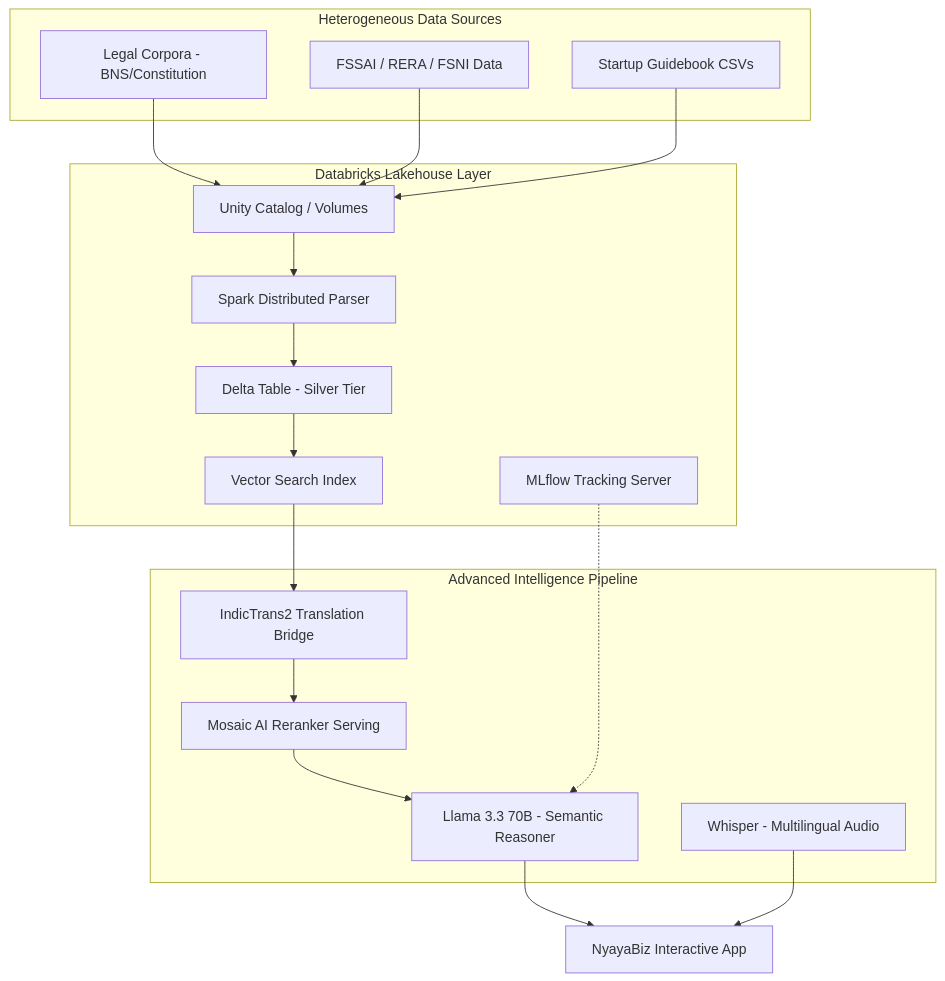
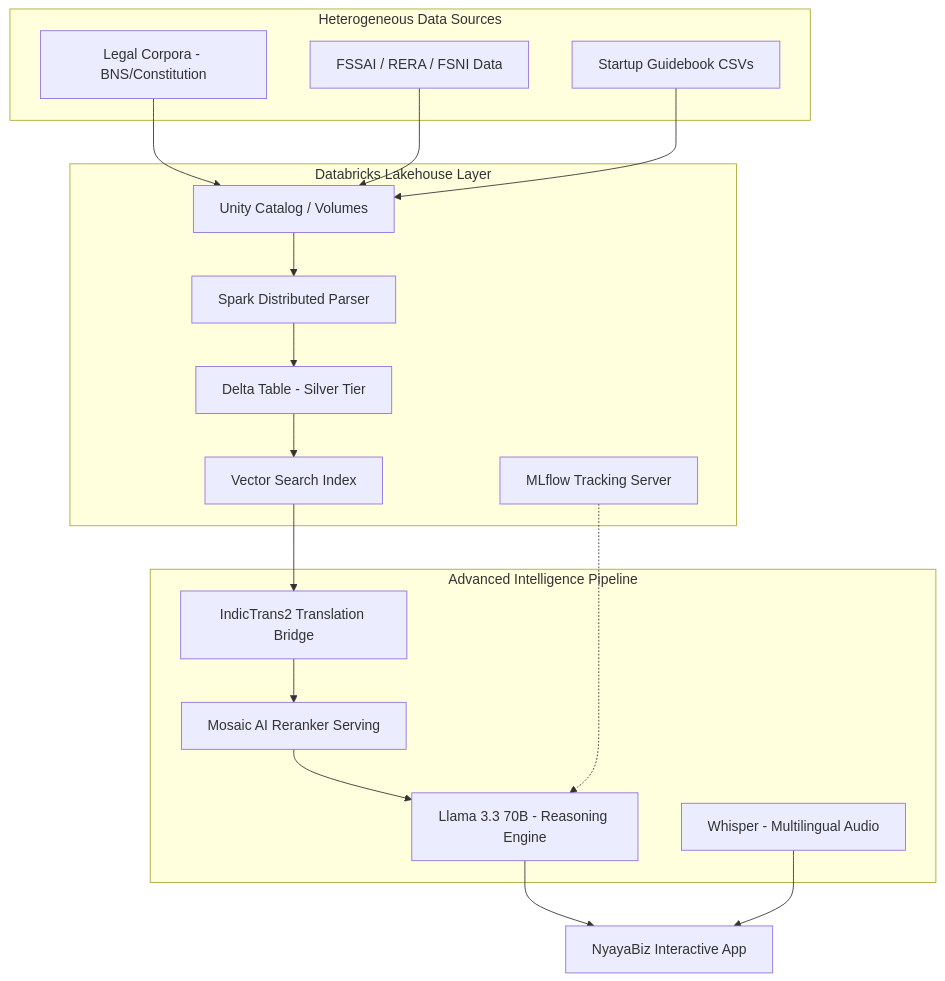
Before and after one commit to hardikhazari/ArthaNeeti: the first of 2 diagrams in README.md, drawn with Mermaid. The commit also changed other lines of this file and 3 other files, not shown here.

````diff
--- a/README.md
+++ b/README.md
@@ -54,34 +54,34 @@
 ```mermaid
 graph TD
     subgraph "Heterogeneous Data Sources"
         A1[Legal Corpora - BNS/Constitution]
         A2[FSSAI / RERA / FSNI Data]
         A3[Startup Guidebook CSVs]
     end
 
     subgraph "Databricks Lakehouse Layer"
         B1[Unity Catalog / Volumes]
         B2[Spark Distributed Parser]
         B3[Delta Table - Silver Tier]
         B4[Vector Search Index]
         B5[MLflow Tracking Server]
     end
 
     subgraph "Advanced Intelligence Pipeline"
         C1[IndicTrans2 Translation Bridge]
         C2[Mosaic AI Reranker Serving]
-        C3[Llama 3.3 70B - Semantic Reasoner]
+        C3[Llama 3.3 70B - Reasoning Engine]
         C4[Whisper - Multilingual Audio]
     end
 
     A1 & A2 & A3 --> B1
     B1 --> B2
     B2 --> B3
     B3 --> B4
     B4 --> C1
     C1 --> C2
     C2 --> C3
     C3 --> D[NyayaBiz Interactive App]
     C4 --> D
     B5 -.-> C3
 ```
````
